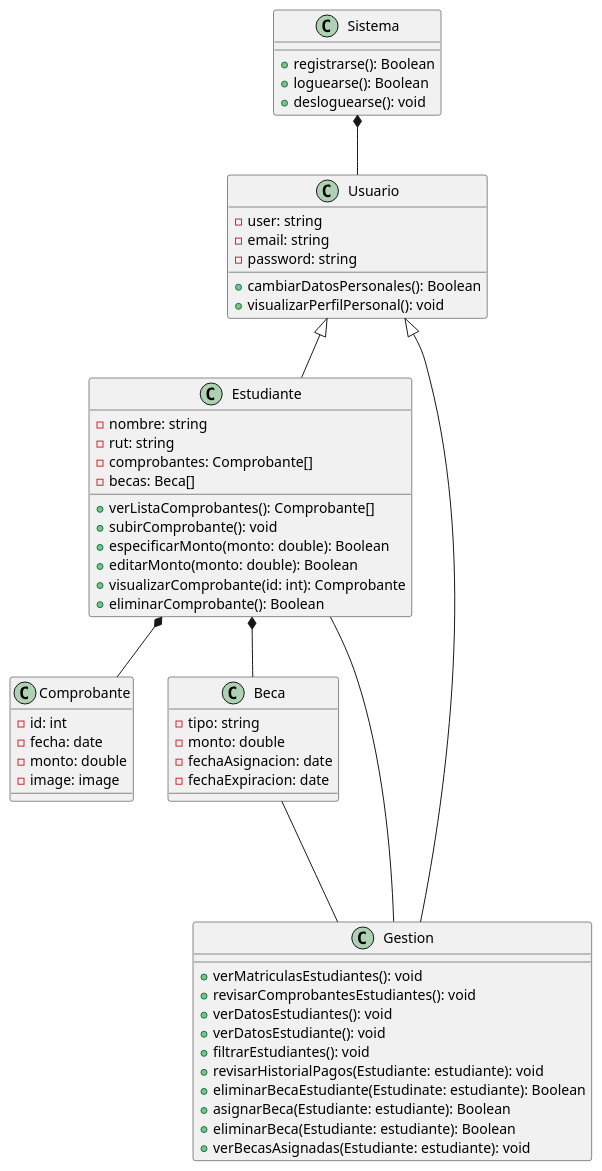
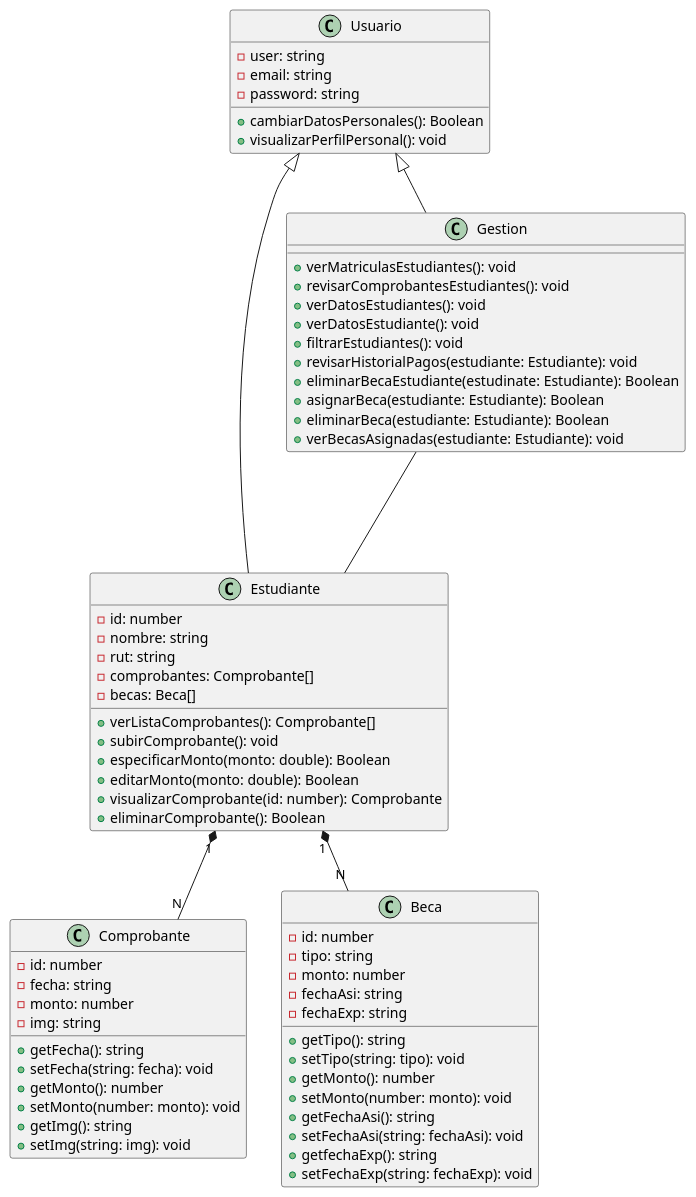
Before and after one commit to luisllanca/INFO248-graduados: the diagram in diagramas/clases.pu, drawn with PlantUML.

Commit message:
diagrama de clases arreglado

```diff
--- a/diagramas/clases.pu
+++ b/diagramas/clases.pu
@@ -1,65 +1,80 @@
 @startuml
 
-class Sistema{
-  +registrarse(): Boolean
-  +loguearse(): Boolean
-  +desloguearse(): void
-}
+' +registrarse(): Boolean
+  ' +loguearse(): Boolean
+  ' +desloguearse(): void
 class Usuario {
   -user: string
   -email: string
   -password: string
   +cambiarDatosPersonales(): Boolean
   +visualizarPerfilPersonal(): void
   
 }
 
 class Estudiante {
+  -id: number
   -nombre: string
   -rut: string
   -comprobantes: Comprobante[]
   -becas: Beca[]
   +verListaComprobantes(): Comprobante[]
   +subirComprobante(): void
   +especificarMonto(monto: double): Boolean
   +editarMonto(monto: double): Boolean
-  +visualizarComprobante(id: int): Comprobante
+  +visualizarComprobante(id: number): Comprobante
   +eliminarComprobante(): Boolean
 }
 
 class Comprobante {
-  -id: int
-  -fecha: date
-  -monto: double
-  -image: image
+  -id: number
+  -fecha: string
+  -monto: number
+  -img: string
+
+  +getFecha(): string
+  +setFecha(string: fecha): void
+  +getMonto(): number
+  +setMonto(number: monto): void
+  +getImg(): string
+  +setImg(string: img): void
 }
 
 class Gestion {
   +verMatriculasEstudiantes(): void
   +revisarComprobantesEstudiantes(): void
   +verDatosEstudiantes(): void
   +verDatosEstudiante(): void
   +filtrarEstudiantes(): void
-  +revisarHistorialPagos(Estudiante: estudiante): void
-  +eliminarBecaEstudiante(Estudinate: estudiante): Boolean
-  +asignarBeca(Estudiante: estudiante): Boolean
-  +eliminarBeca(Estudiante: estudiante): Boolean
-  +verBecasAsignadas(Estudiante: estudiante): void
+  +revisarHistorialPagos(estudiante: Estudiante): void
+  +eliminarBecaEstudiante(estudinate: Estudiante): Boolean
+  +asignarBeca(estudiante: Estudiante): Boolean
+  +eliminarBeca(estudiante: Estudiante): Boolean
+  +verBecasAsignadas(estudiante: Estudiante): void
 }
 
 
 class Beca {
+  -id: number
   -tipo: string
-  -monto: double
-  -fechaAsignacion: date
-  -fechaExpiracion: date
+  -monto: number
+  -fechaAsi: string
+  -fechaExp: string
+
+  +getTipo(): string
+  +setTipo(string: tipo): void
+  +getMonto(): number
+  +setMonto(number: monto): void
+  +getFechaAsi(): string
+  +setFechaAsi(string: fechaAsi): void
+  +getfechaExp(): string
+  +setFechaExp(string: fechaExp): void
 }
-Sistema *-- Usuario
-Beca --- Gestion
+
 Usuario <|-- Estudiante
 Usuario <|-- Gestion
-Estudiante *-- Comprobante
-Estudiante *-- Beca
+Estudiante "1" *-- "N" Comprobante
+Estudiante "1" *-- "N" Beca
 Gestion --- Estudiante
 
 @enduml
```
